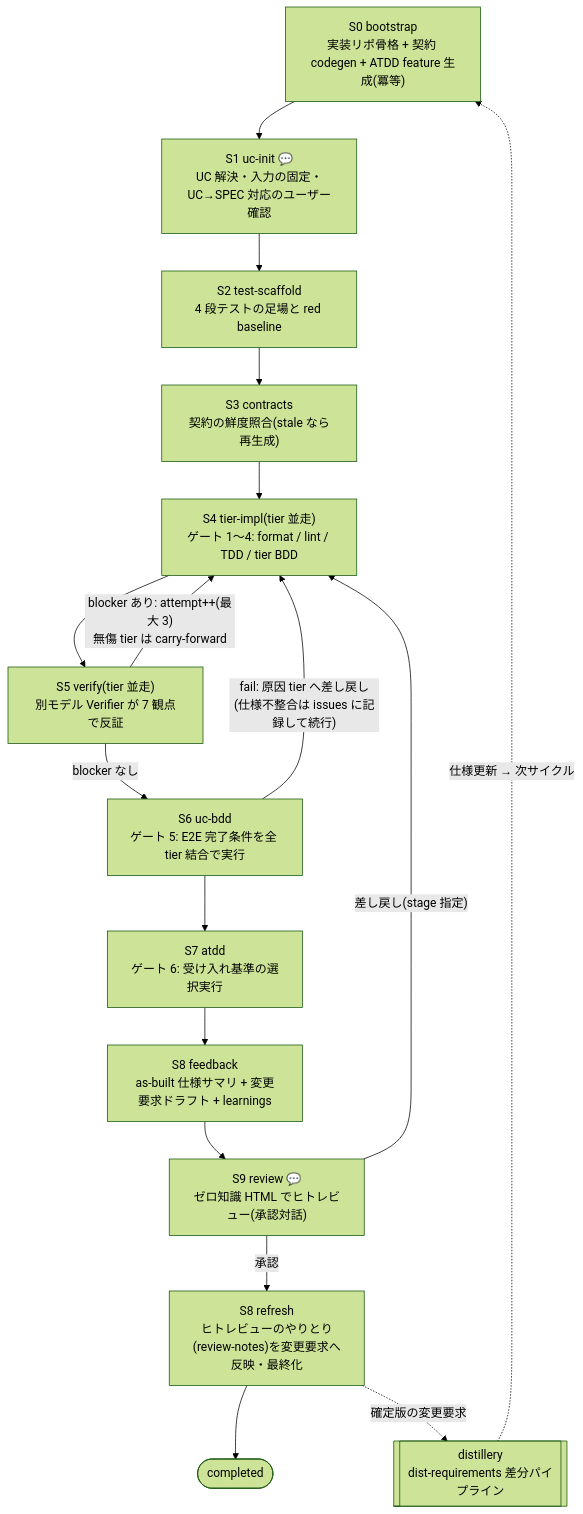
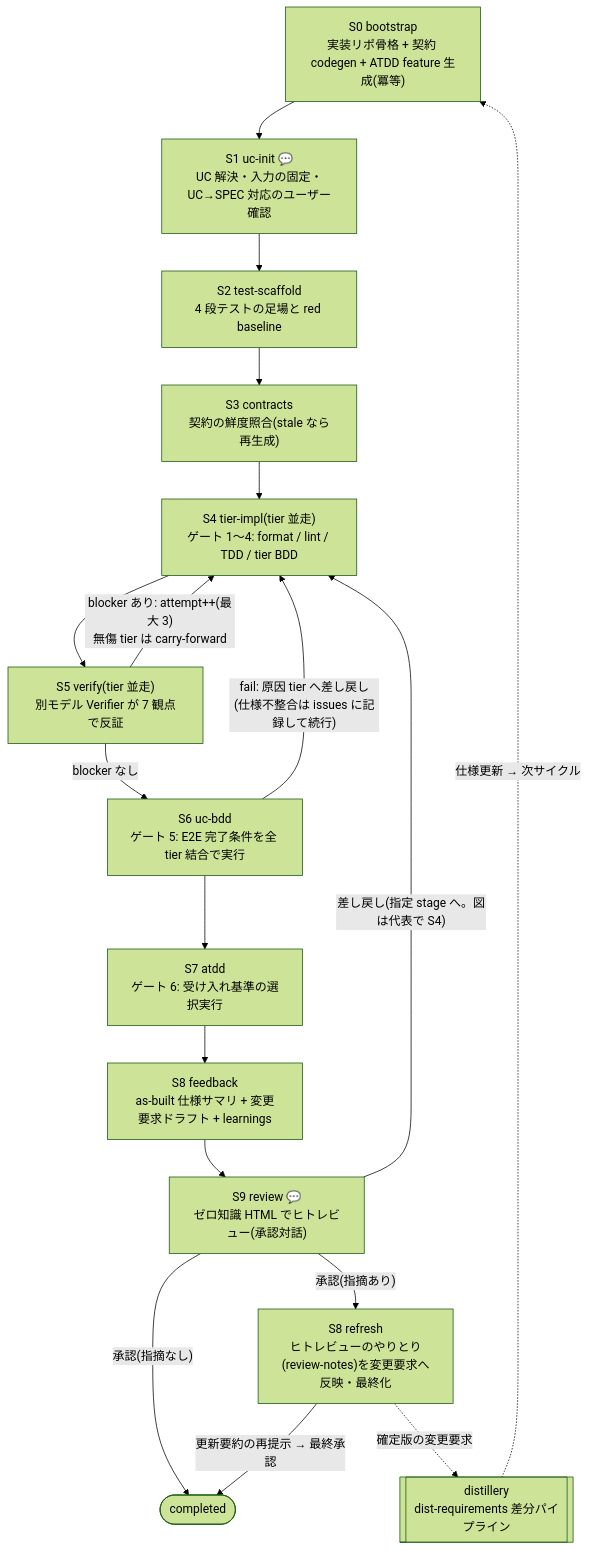
Before and after one commit to suwa-sh/suwa-sh-claude-plugins: the diagram in plugins/distillery-impl/README.md, drawn with Mermaid (forest theme). The commit also changed other lines of this file and 12 other files, not shown here.

````diff
--- a/plugins/distillery-impl/README.md
+++ b/plugins/distillery-impl/README.md
@@ -18,27 +18,28 @@
 ```mermaid
 flowchart TD
     S0["S0 bootstrap<br/>実装リポ骨格 + 契約 codegen + ATDD feature 生成(冪等)"]
     S1["S1 uc-init 💬<br/>UC 解決・入力の固定・UC→SPEC 対応のユーザー確認"]
     S2["S2 test-scaffold<br/>4 段テストの足場と red baseline"]
     S3["S3 contracts<br/>契約の鮮度照合(stale なら再生成)"]
     S4["S4 tier-impl(tier 並走)<br/>ゲート 1〜4: format / lint / TDD / tier BDD"]
     S5["S5 verify(tier 並走)<br/>別モデル Verifier が 7 観点で反証"]
     S6["S6 uc-bdd<br/>ゲート 5: E2E 完了条件を全 tier 結合で実行"]
     S7["S7 atdd<br/>ゲート 6: 受け入れ基準の選択実行"]
     S8["S8 feedback<br/>as-built 仕様サマリ + 変更要求ドラフト + learnings"]
     S9["S9 review 💬<br/>ゼロ知識 HTML でヒトレビュー(承認対話)"]
     REFRESH["S8 refresh<br/>ヒトレビューのやりとり(review-notes)を変更要求へ反映・最終化"]
     DONE(["completed"])
     DIST[["distillery<br/>dist-requirements 差分パイプライン"]]
 
     S0 --> S1 --> S2 --> S3 --> S4 --> S5
     S5 -->|"blocker あり: attempt++(最大 3)<br/>無傷 tier は carry-forward"| S4
     S5 -->|blocker なし| S6
     S6 -->|"fail: 原因 tier へ差し戻し<br/>(仕様不整合は issues に記録して続行)"| S4
     S6 --> S7 --> S8 --> S9
-    S9 -->|"差し戻し(stage 指定)"| S4
-    S9 -->|承認| REFRESH
-    REFRESH --> DONE
+    S9 -->|"差し戻し(指定 stage へ。図は代表で S4)"| S4
+    S9 -->|"承認(指摘なし)"| DONE
+    S9 -->|"承認(指摘あり)"| REFRESH
+    REFRESH -->|"更新要約の再提示 → 最終承認"| DONE
     REFRESH -.->|確定版の変更要求| DIST
     DIST -.->|仕様更新 → 次サイクル| S0
 ```
````
